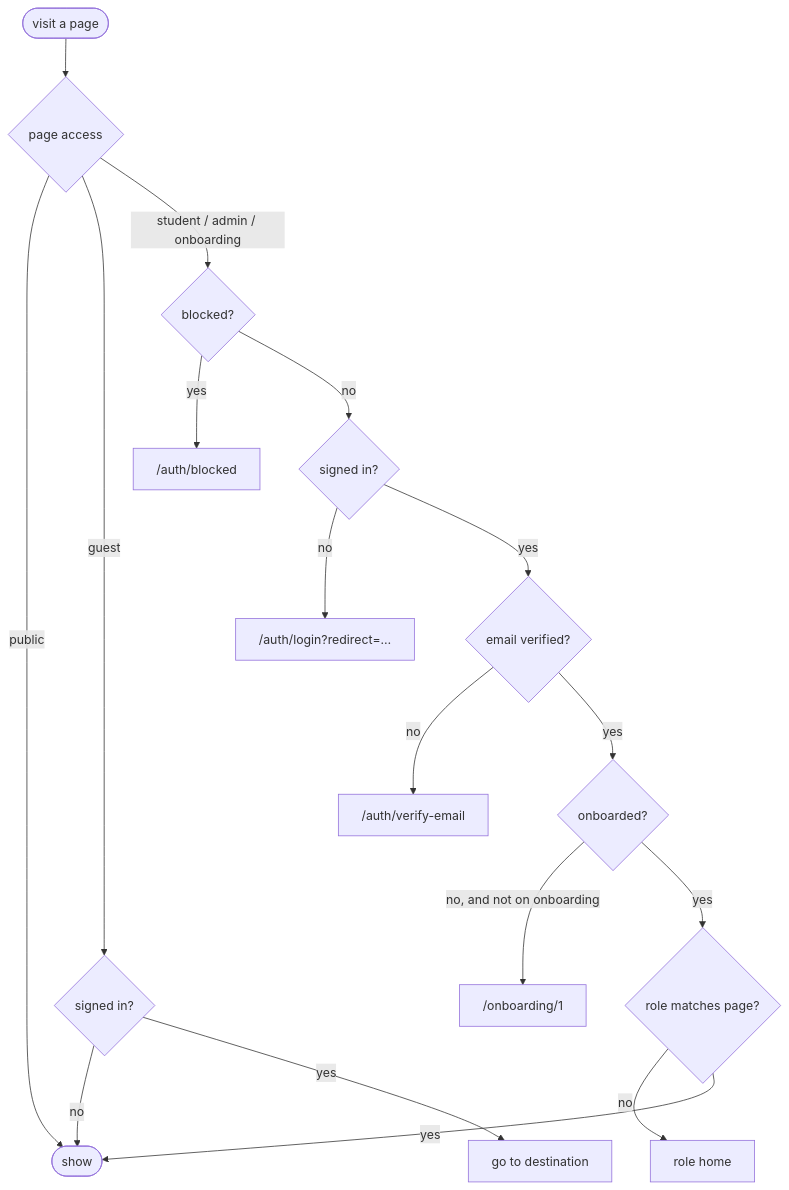
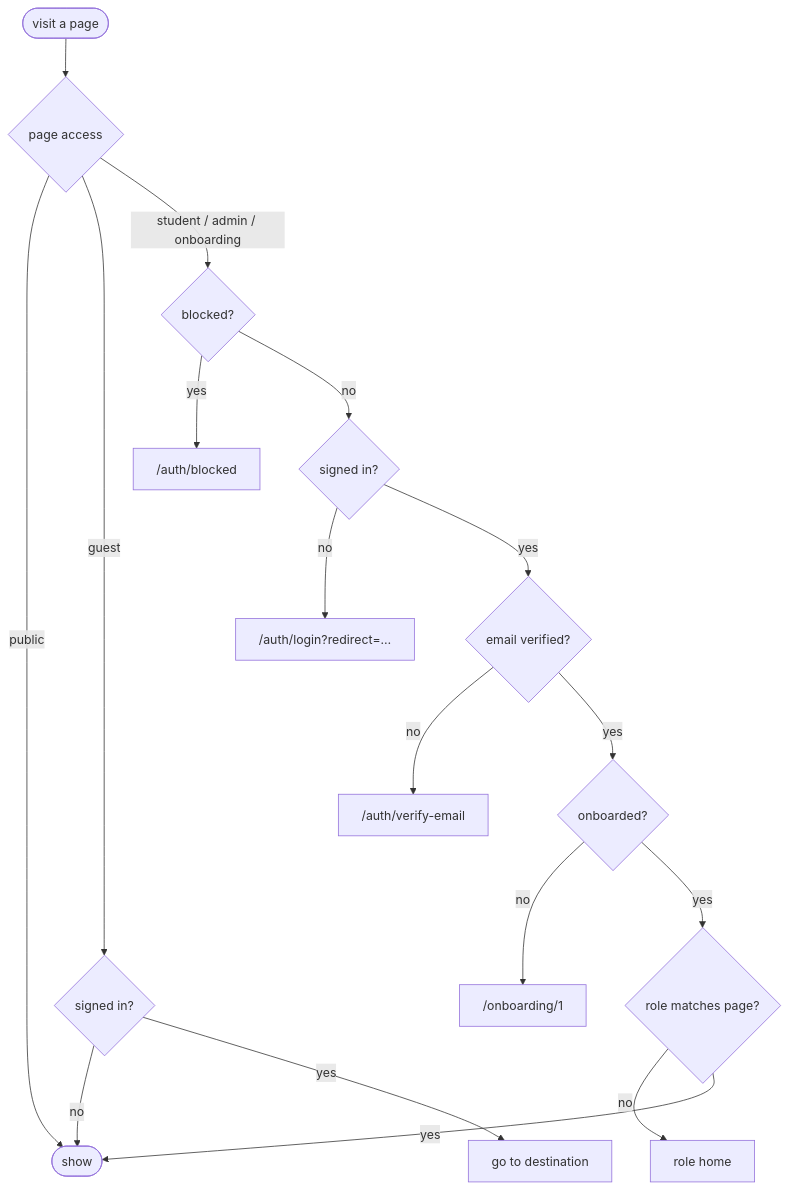
The second of 8 diagrams in APP.md (Arktouros-Forge/UniLink), drawn with Mermaid before and after one commit. The commit also changed other lines of this file and 13 other files, not shown here.

Commit message:
feat: improve admin navigation and chart usability

````diff
--- a/APP.md
+++ b/APP.md
@@ -62,19 +81,19 @@
 ```mermaid
 flowchart TD
   S(["visit a page"]) --> Q{"page access"}
   Q -->|"public"| OK(["show"])
   Q -->|"guest"| G{"signed in?"}
   G -->|"no"| OK
   G -->|"yes"| D["go to destination"]
   Q -->|"student / admin / onboarding"| B{"blocked?"}
   B -->|"yes"| BL["/auth/blocked"]
   B -->|"no"| L{"signed in?"}
   L -->|"no"| LG["/auth/login?redirect=…"]
   L -->|"yes"| V{"email verified?"}
   V -->|"no"| VE["/auth/verify-email"]
   V -->|"yes"| O{"onboarded?"}
-  O -->|"no, and not on onboarding"| ON["/onboarding/1"]
+  O -->|"no"| ON["/onboarding/1"]
   O -->|"yes"| R{"role matches page?"}
   R -->|"no"| H["role home"]
   R -->|"yes"| OK
 ```
````
